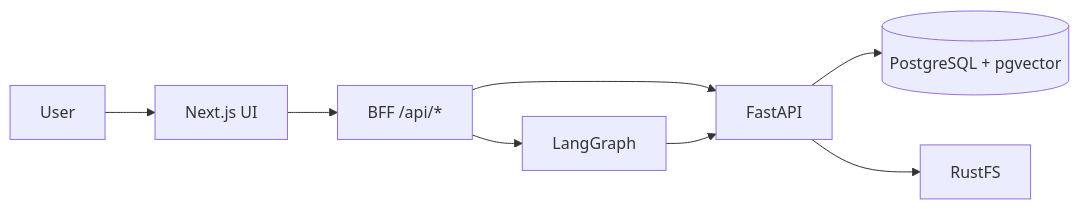
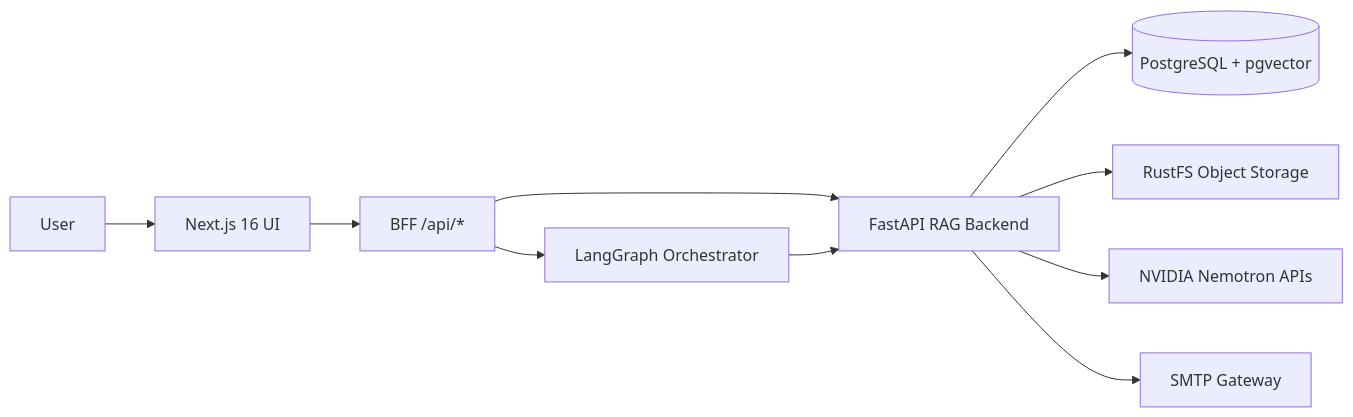
The first of 3 diagrams in README.md (AzhaghuMaathavan/FailureOps), drawn with Mermaid before and after one commit. The commit also changed other lines of this file and 1 other file, not shown here.

Commit message:
docs: consolidated README with full architecture, engines, API, and deployment reference

````diff
--- a/README.md
+++ b/README.md
@@ -60,10 +86,12 @@
 ```mermaid
 flowchart LR
-  User[User] --> UI[Next.js UI]
+  User[User] --> UI[Next.js 16 UI]
   UI --> BFF["BFF /api/*"]
-  BFF --> API[FastAPI]
+  BFF --> API[FastAPI RAG Backend]
   API --> PG[(PostgreSQL + pgvector)]
-  API --> S3[RustFS]
-  BFF --> LG[LangGraph]
+  API --> S3[RustFS Object Storage]
+  BFF --> LG[LangGraph Orchestrator]
   LG --> API
+  API --> NVIDIA[NVIDIA Nemotron APIs]
+  API --> SMTP[SMTP Gateway]
 ```
````
